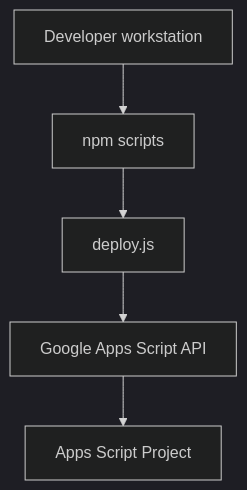
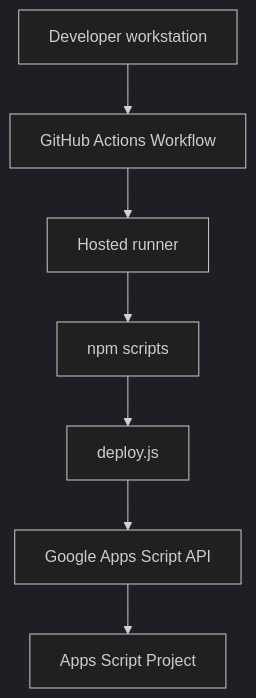
One commit to muyueh/GAS changed the fourth of 5 diagrams in README.md. Above: the diagram before and after it, drawn with Mermaid (dark theme). The commit also changed other lines of this file and 1 other file, not shown here.

Commit message:
Add GitHub Actions deploy workflow

````diff
--- a/README.md
+++ b/README.md
@@ -42,13 +69,17 @@
 ```mermaid
 graph TD
     Dev[Developer workstation]
+    GH[GitHub Actions Workflow]
+    Runner[Hosted runner]
     NPM[npm scripts]
     Deploy[deploy.js]
     GASAPI[Google Apps Script API]
     Project[Apps Script Project]
 
-    Dev --> NPM
+    Dev --> GH
+    GH --> Runner
+    Runner --> NPM
     NPM --> Deploy
     Deploy --> GASAPI
     GASAPI --> Project
 ```
````
